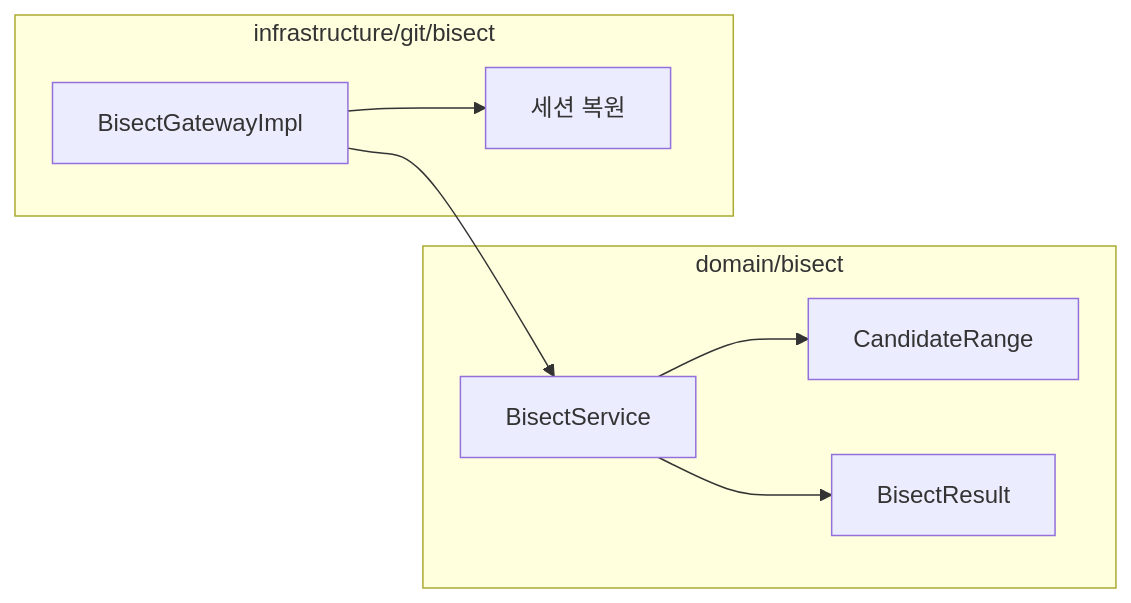
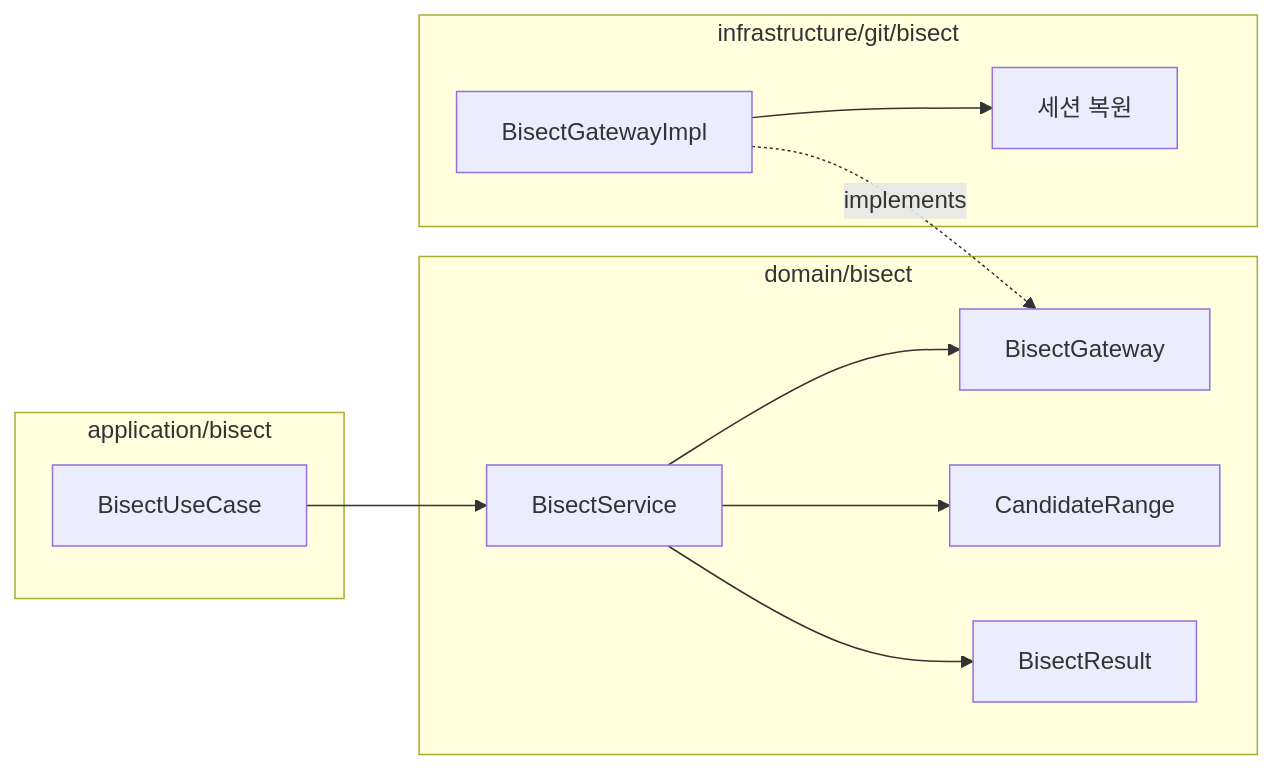
The second of 2 diagrams in tickets/UND-35-bisect-session.md (biuea3866/gitkraken-clone-app), drawn with Mermaid before and after one commit. The commit also changed other lines of this file and 26 other files, not shown here.

````diff
--- a/tickets/UND-35-bisect-session.md
+++ b/tickets/UND-35-bisect-session.md
@@ -47,16 +47,22 @@
 ```mermaid
 flowchart LR
     subgraph domain["domain/bisect"]
+        Gateway[BisectGateway]
         Svc[BisectService]
         Range[CandidateRange]
         Result[BisectResult]
+    end
+    subgraph app["application/bisect"]
+        UC[BisectUseCase]
     end
     subgraph infra["infrastructure/git/bisect"]
         Impl[BisectGatewayImpl]
         Restore[세션 복원]
     end
+    UC --> Svc
+    Svc --> Gateway
     Svc --> Range
     Svc --> Result
-    Impl --> Svc
+    Impl -.->|implements| Gateway
     Impl --> Restore
 ```
````
